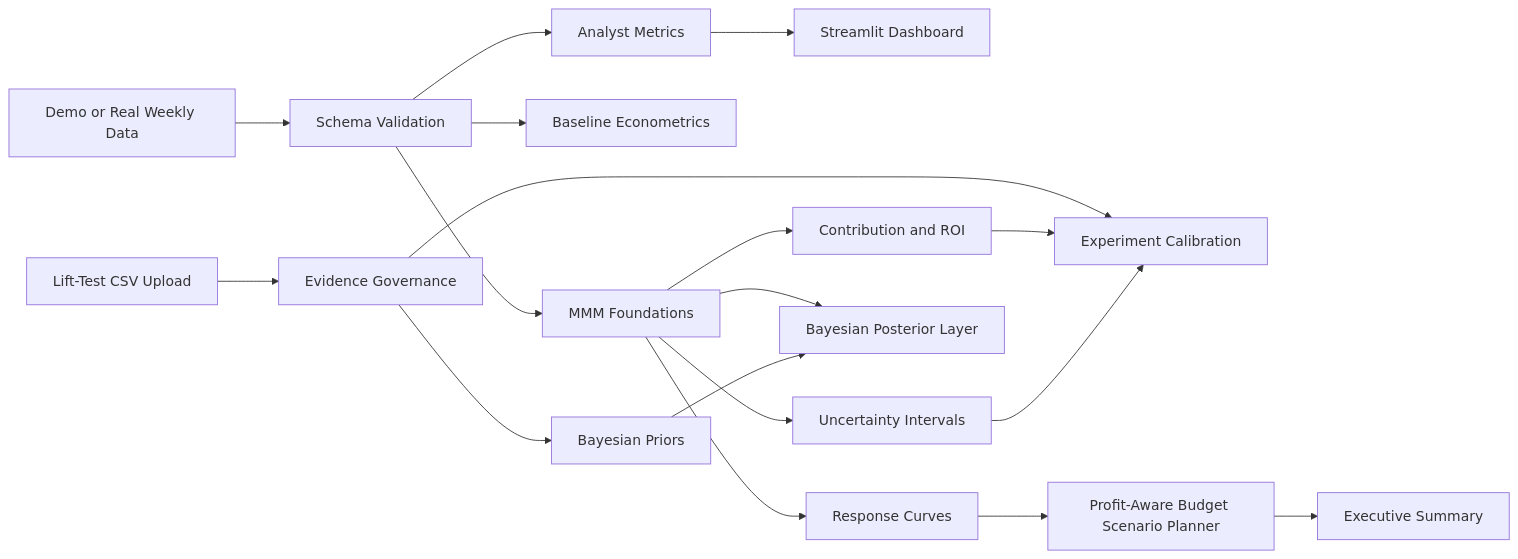
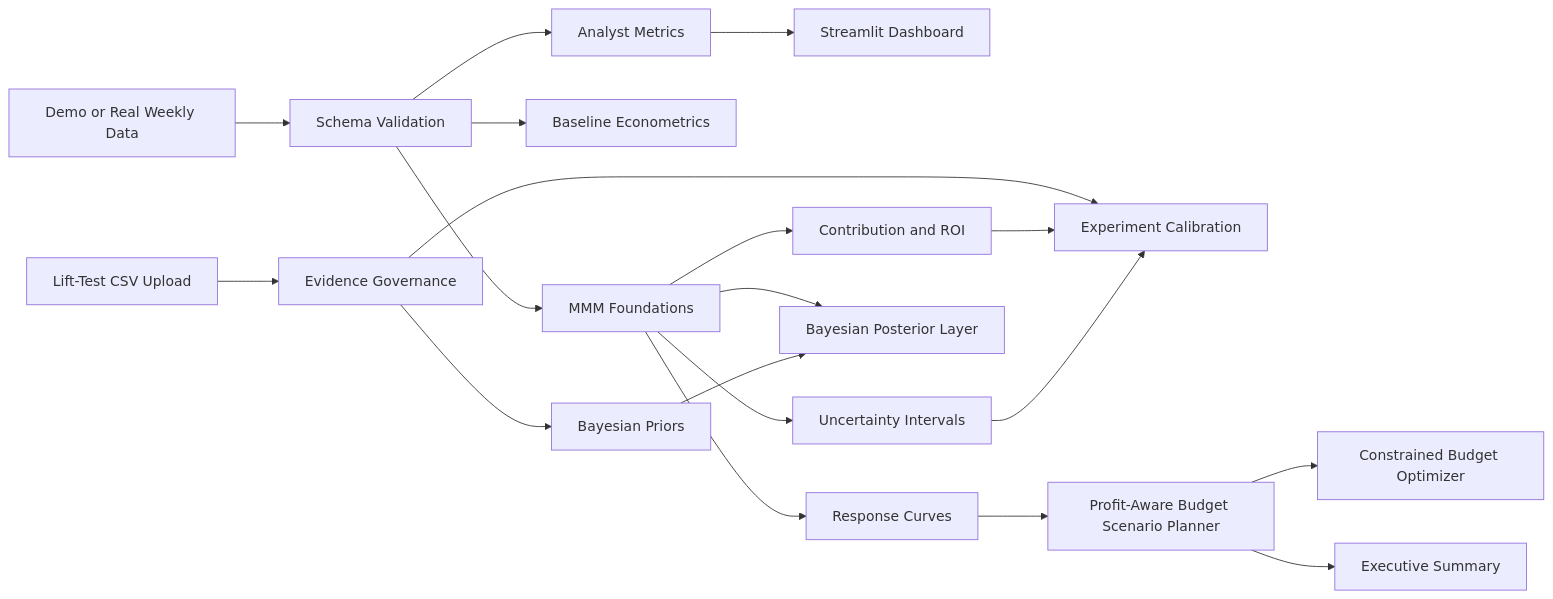
Before and after one commit to rosscyking1115/marketing-effectiveness-lab: the first of 2 diagrams in docs/architecture.md, drawn with Mermaid. The commit also changed other lines of this file and 6 other files, not shown here.

Commit message:
Add constrained budget optimization

````diff
--- a/docs/architecture.md
+++ b/docs/architecture.md
@@ -7,20 +7,21 @@
 ```mermaid
 flowchart LR
     A["Demo or Real Weekly Data"] --> B["Schema Validation"]
     B --> C["Analyst Metrics"]
     C --> D["Streamlit Dashboard"]
     B --> E["Baseline Econometrics"]
     B --> F["MMM Foundations"]
     F --> G["Contribution and ROI"]
     F --> H["Uncertainty Intervals"]
     M["Lift-Test CSV Upload"] --> N["Evidence Governance"]
     N --> I["Experiment Calibration"]
     N --> O["Bayesian Priors"]
     G --> I
     H --> I
     F --> P["Bayesian Posterior Layer"]
     O --> P
     F --> J["Response Curves"]
     J --> K["Profit-Aware Budget Scenario Planner"]
+    K --> Q["Constrained Budget Optimizer"]
     K --> L["Executive Summary"]
 ```
````
